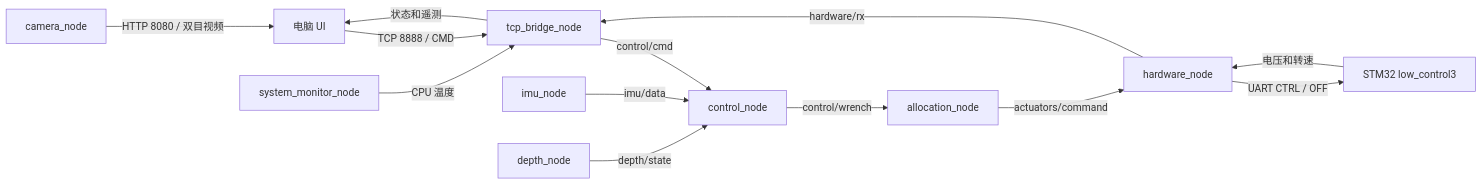
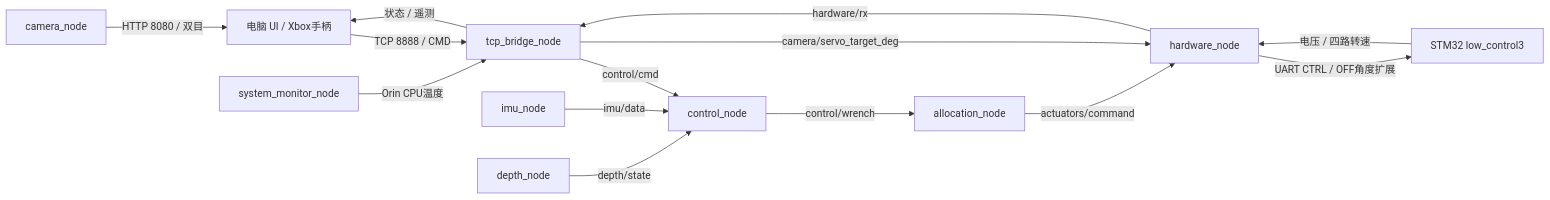
One commit to DestinStarry/uw_ws changed the diagram in README.md. Above: the diagram before and after it, drawn with Mermaid. The commit also changed other lines of this file and 76 other files, not shown here.

````diff
--- a/README.md
+++ b/README.md
@@ -14,15 +9,16 @@
 ```mermaid
 flowchart LR
-    UI[电脑 UI] -->|TCP 8888 / CMD| TCP[tcp_bridge_node]
+    UI[电脑 UI / Xbox手柄] -->|TCP 8888 / CMD| TCP[tcp_bridge_node]
     TCP -->|control/cmd| CTRL[control_node]
     IMU[imu_node] -->|imu/data| CTRL
     DEPTH[depth_node] -->|depth/state| CTRL
     CTRL -->|control/wrench| ALLOC[allocation_node]
     ALLOC -->|actuators/command| HW[hardware_node]
-    HW -->|UART CTRL / OFF| MCU[STM32 low_control3]
-    MCU -->|电压和转速| HW
+    TCP -->|camera/servo_target_deg| HW
+    HW -->|UART CTRL / OFF角度扩展| MCU[STM32 low_control3]
+    MCU -->|电压 / 四路转速| HW
     HW -->|hardware/rx| TCP
-    MON[system_monitor_node] -->|CPU 温度| TCP
-    TCP -->|状态和遥测| UI
-    CAM[camera_node] -->|HTTP 8080 / 双目视频| UI
+    MON[system_monitor_node] -->|Orin CPU温度| TCP
+    TCP -->|状态 / 遥测| UI
+    CAM[camera_node] -->|HTTP 8080 / 双目| UI
 ```
````
